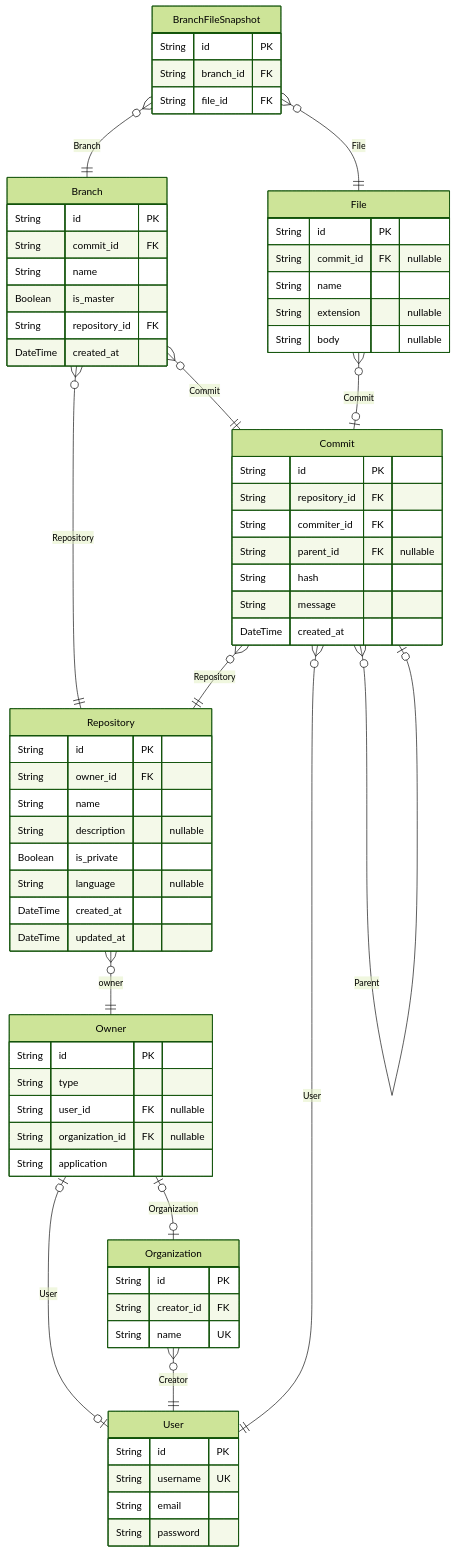
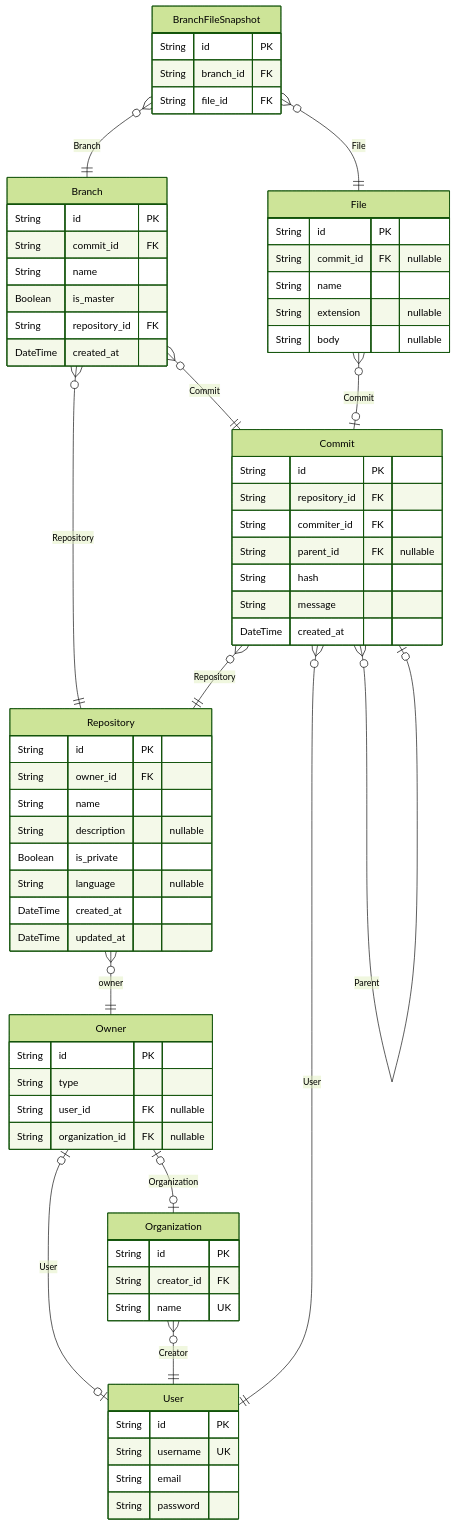
Before and after one commit to kakasoo/github-erd: the second of 5 diagrams in prisma/docs/ERD.md, drawn with Mermaid (forest theme). The commit also changed other lines of this file and 3 other files, not shown here.

````diff
--- a/prisma/docs/ERD.md
+++ b/prisma/docs/ERD.md
@@ -118,72 +168,71 @@
 ```mermaid
 erDiagram
 "Owner" {
   String id PK
   String type
   String user_id FK "nullable"
   String organization_id FK "nullable"
-  String application
 }
 "User" {
   String id PK
   String username UK
   String email
   String password
 }
 "Repository" {
   String id PK
   String owner_id FK
   String name
   String description "nullable"
   Boolean is_private
   String language "nullable"
   DateTime created_at
   DateTime updated_at
 }
 "Branch" {
   String id PK
   String commit_id FK
   String name
   Boolean is_master
   String repository_id FK
   DateTime created_at
 }
 "BranchFileSnapshot" {
   String id PK
   String branch_id FK
   String file_id FK
 }
 "Commit" {
   String id PK
   String repository_id FK
   String commiter_id FK
   String parent_id FK "nullable"
   String hash
   String message
   DateTime created_at
 }
 "File" {
   String id PK
   String commit_id FK "nullable"
   String name
   String extension "nullable"
   String body "nullable"
 }
 "Organization" {
   String id PK
   String creator_id FK
   String name UK
 }
 "Owner" |o--o| "User" : User
 "Owner" |o--o| "Organization" : Organization
 "Repository" }o--|| "Owner" : owner
 "Branch" }o--|| "Repository" : Repository
 "Branch" }o--|| "Commit" : Commit
 "BranchFileSnapshot" }o--|| "Branch" : Branch
 "BranchFileSnapshot" }o--|| "File" : File
 "Commit" }o--|| "Repository" : Repository
 "Commit" }o--|| "User" : User
 "Commit" }o--o| "Commit" : Parent
 "File" }o--o| "Commit" : Commit
 "Organization" }o--|| "User" : Creator
 ```
````
